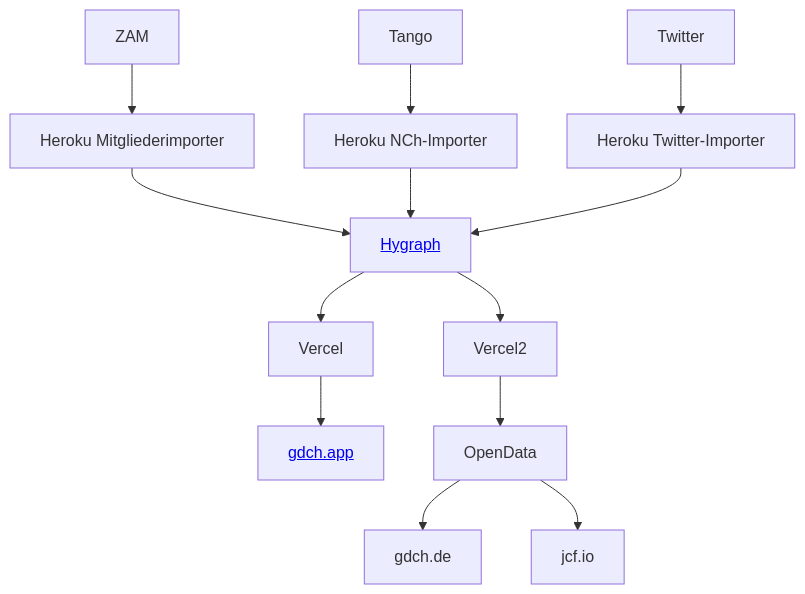
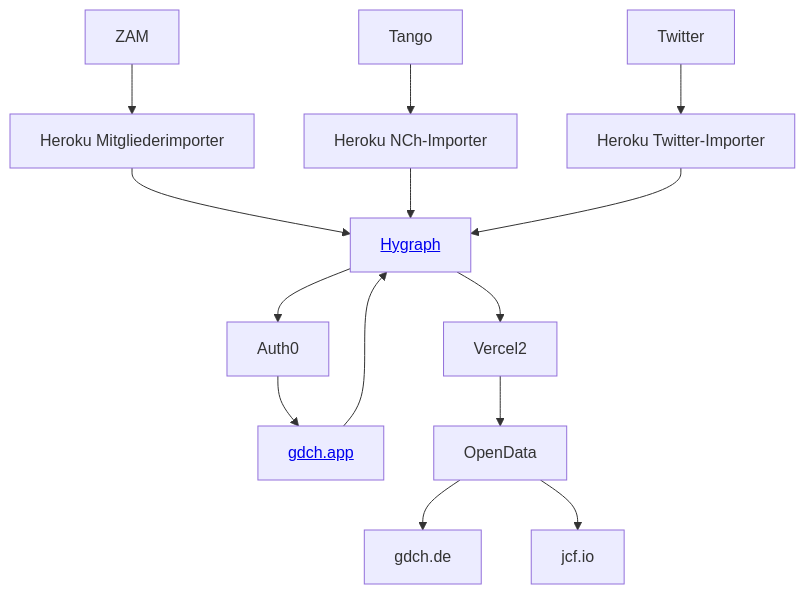
Before and after one commit to GDCh-de/docs: the diagram in infrastructure.md, drawn with Mermaid.

````diff
--- a/infrastructure.md
+++ b/infrastructure.md
@@ -3,9 +3,9 @@
 ```mermaid
 graph TD;
-  Hygraph[<a href='/GDCh-de/docs/blob/main/hygraph.md'>Hygraph</a>] --> Vercel --> App[<a href='https://gdch.app'>gdch.app</a>];
+  Hygraph[<a href='/GDCh-de/docs/blob/main/hygraph.md'>Hygraph</a>] --> Auth0 --> App[<a href='https://gdch.app'>gdch.app</a>] --> Hygraph;
   ZAM --> Heroku1[Heroku Mitgliederimporter] --> Hygraph;
   Tango --> Heroku2[Heroku NCh-Importer] --> Hygraph;
   Twitter --> Heroku3[Heroku Twitter-Importer] --> Hygraph;
   Hygraph --> Vercel2 --> OpenData --> gdch.de;
   OpenData --> jcf.io
 ```
````
